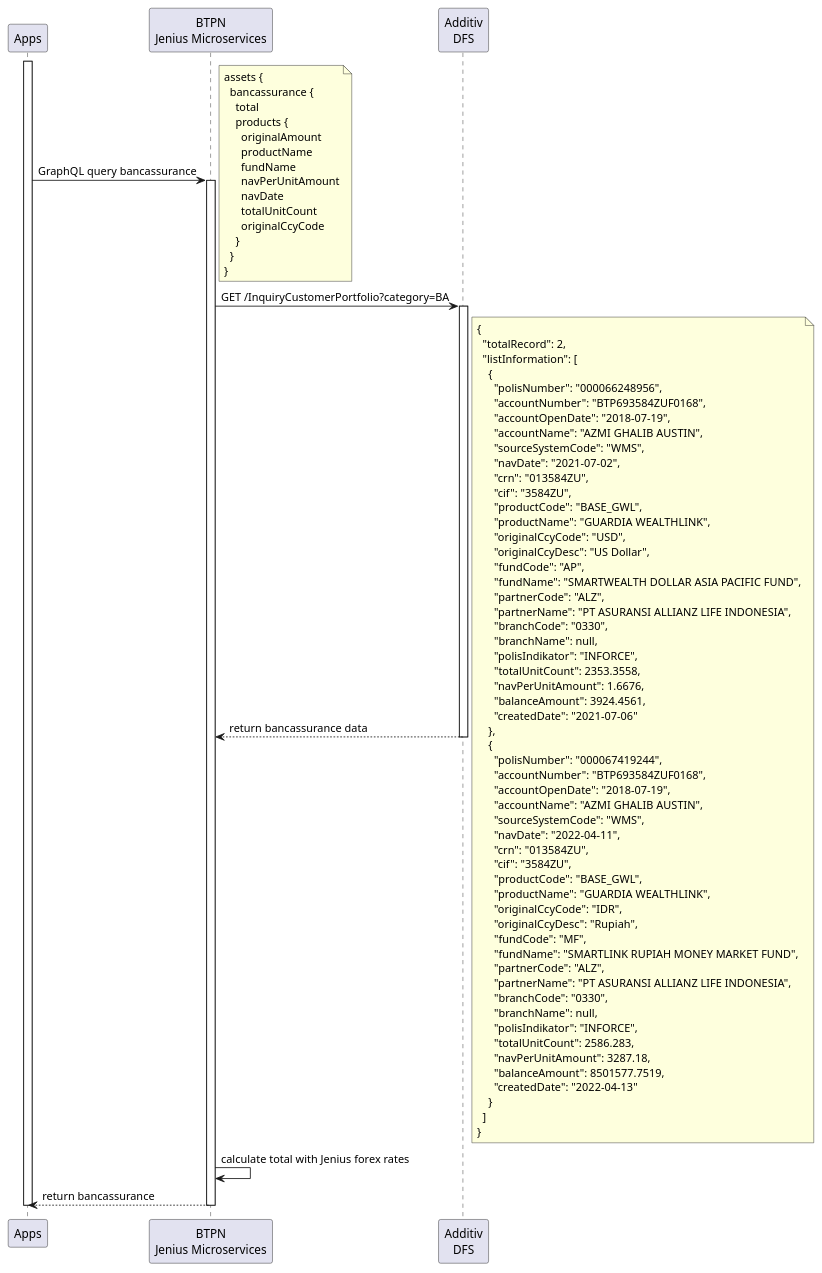
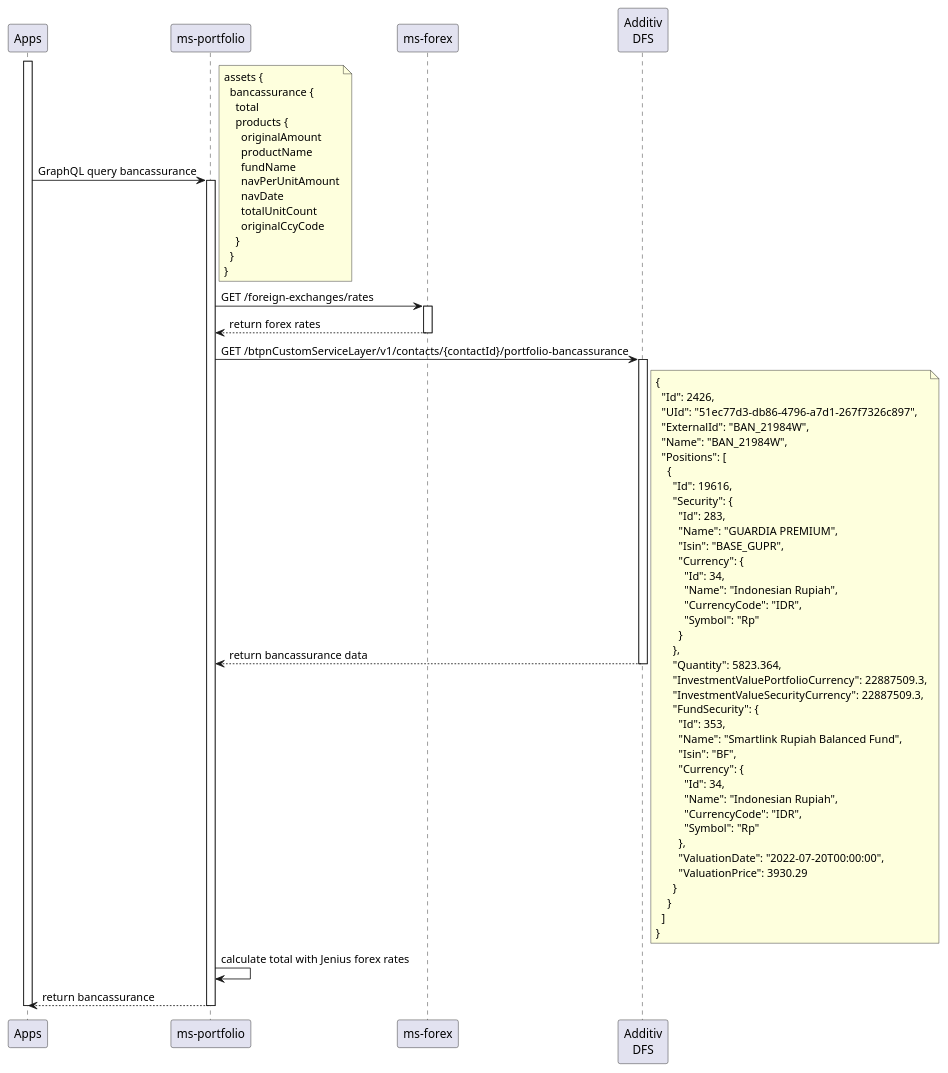
One commit to iksena/jenius-uml changed the diagram in jeniusDfs/bancassurance.puml. Above: the diagram before and after it, drawn with PlantUML. The commit also changed 16 other files, not shown here.

Commit message:
add mf switching flow

```diff
--- a/jeniusDfs/bancassurance.puml
+++ b/jeniusDfs/bancassurance.puml
@@ -1,91 +1,81 @@
 @startuml bancassurance
 participant "Apps" as app
-participant "BTPN\nJenius Microservices" as ms
+participant "ms-portfolio" as ms
+participant "ms-forex" as forex
 participant "Additiv\nDFS" as dfs
 
 activate app
 app -> ms: GraphQL query bancassurance
 note right
 assets {
   bancassurance {
     total
     products {
       originalAmount
       productName
       fundName
       navPerUnitAmount
       navDate
       totalUnitCount
       originalCcyCode
     }
   }
 }
 end note
 activate ms
-ms -> dfs: GET /InquiryCustomerPortfolio?category=BA
+
+ms -> forex: GET /foreign-exchanges/rates
+activate forex
+forex --> ms: return forex rates
+deactivate forex
+
+ms -> dfs: GET /btpnCustomServiceLayer/v1/contacts/{contactId}/portfolio-bancassurance
 activate dfs
 dfs --> ms: return bancassurance data
 note right
 {
-  "totalRecord": 2,
-  "listInformation": [
+  "Id": 2426,
+  "UId": "51ec77d3-db86-4796-a7d1-267f7326c897",
+  "ExternalId": "BAN_21984W",
+  "Name": "BAN_21984W",
+  "Positions": [
     {
-      "polisNumber": "000066248956",
-      "accountNumber": "BTP693584ZUF0168",
-      "accountOpenDate": "2018-07-19",
-      "accountName": "AZMI GHALIB AUSTIN",
-      "sourceSystemCode": "WMS",
-      "navDate": "2021-07-02",
-      "crn": "013584ZU",
-      "cif": "3584ZU",
-      "productCode": "BASE_GWL",
-      "productName": "GUARDIA WEALTHLINK",
-      "originalCcyCode": "USD",
-      "originalCcyDesc": "US Dollar",
-      "fundCode": "AP",
-      "fundName": "SMARTWEALTH DOLLAR ASIA PACIFIC FUND",
-      "partnerCode": "ALZ",
-      "partnerName": "PT ASURANSI ALLIANZ LIFE INDONESIA",
-      "branchCode": "0330",
-      "branchName": null,
-      "polisIndikator": "INFORCE",
-      "totalUnitCount": 2353.3558,
-      "navPerUnitAmount": 1.6676,
-      "balanceAmount": 3924.4561,
-      "createdDate": "2021-07-06"
-    },
-    {
-      "polisNumber": "000067419244",
-      "accountNumber": "BTP693584ZUF0168",
-      "accountOpenDate": "2018-07-19",
-      "accountName": "AZMI GHALIB AUSTIN",
-      "sourceSystemCode": "WMS",
-      "navDate": "2022-04-11",
-      "crn": "013584ZU",
-      "cif": "3584ZU",
-      "productCode": "BASE_GWL",
-      "productName": "GUARDIA WEALTHLINK",
-      "originalCcyCode": "IDR",
-      "originalCcyDesc": "Rupiah",
-      "fundCode": "MF",
-      "fundName": "SMARTLINK RUPIAH MONEY MARKET FUND",
-      "partnerCode": "ALZ",
-      "partnerName": "PT ASURANSI ALLIANZ LIFE INDONESIA",
-      "branchCode": "0330",
-      "branchName": null,
-      "polisIndikator": "INFORCE",
-      "totalUnitCount": 2586.283,
-      "navPerUnitAmount": 3287.18,
-      "balanceAmount": 8501577.7519,
-      "createdDate": "2022-04-13"
+      "Id": 19616,
+      "Security": {
+        "Id": 283,
+        "Name": "GUARDIA PREMIUM",
+        "Isin": "BASE_GUPR",
+        "Currency": {
+          "Id": 34,
+          "Name": "Indonesian Rupiah",
+          "CurrencyCode": "IDR",
+          "Symbol": "Rp"
+        }
+      },
+      "Quantity": 5823.364,
+      "InvestmentValuePortfolioCurrency": 22887509.3,
+      "InvestmentValueSecurityCurrency": 22887509.3,
+      "FundSecurity": {
+        "Id": 353,
+        "Name": "Smartlink Rupiah Balanced Fund",
+        "Isin": "BF",
+        "Currency": {
+          "Id": 34,
+          "Name": "Indonesian Rupiah",
+          "CurrencyCode": "IDR",
+          "Symbol": "Rp"
+        },
+        "ValuationDate": "2022-07-20T00:00:00",
+        "ValuationPrice": 3930.29
+      }
     }
   ]
 }
 end note
 deactivate dfs
 ms -> ms: calculate total with Jenius forex rates
 ms --> app: return bancassurance
 deactivate ms
 deactivate app
 
 @enduml
```
